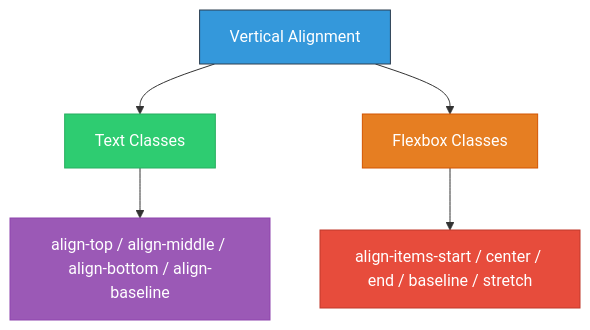
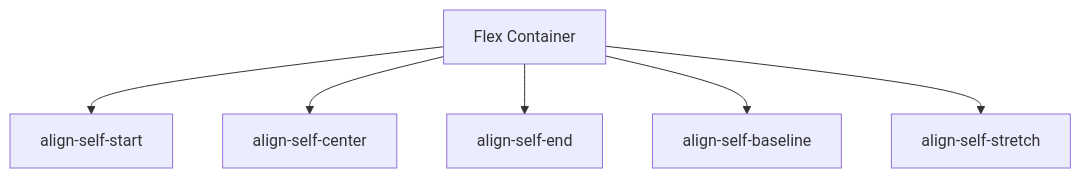
Before and after one commit to kumawatpreetam/Notes: the ninth of 9 diagrams in README.md, drawn with Mermaid. The commit also changed other lines of this file, not shown here.

Commit message:
Add aligin Self Classes

````diff
--- a/README.md
+++ b/README.md
@@ -547,13 +649,8 @@
 ```mermaid
 graph TD;
-    A[Vertical Alignment]:::blue --> B[Text Classes]:::green
-    A --> C[Flexbox Classes]:::orange
-    B --> D[align-top / align-middle / align-bottom / align-baseline]:::purple
-    C --> E[align-items-start / center / end / baseline / stretch]:::red
-
-classDef blue fill:#3498db,color:#fff,stroke:#2c3e50;
-classDef green fill:#2ecc71,color:#fff,stroke:#27ae60;
-classDef orange fill:#e67e22,color:#fff,stroke:#d35400;
-classDef purple fill:#9b59b6,color:#fff,stroke:#8e44ad;
-classDef red fill:#e74c3c,color:#fff,stroke:#c0392b;
+    A[Flex Container] --> B[align-self-start]
+    A --> C[align-self-center]
+    A --> D[align-self-end]
+    A --> E[align-self-baseline]
+    A --> F[align-self-stretch]
 ```
````
